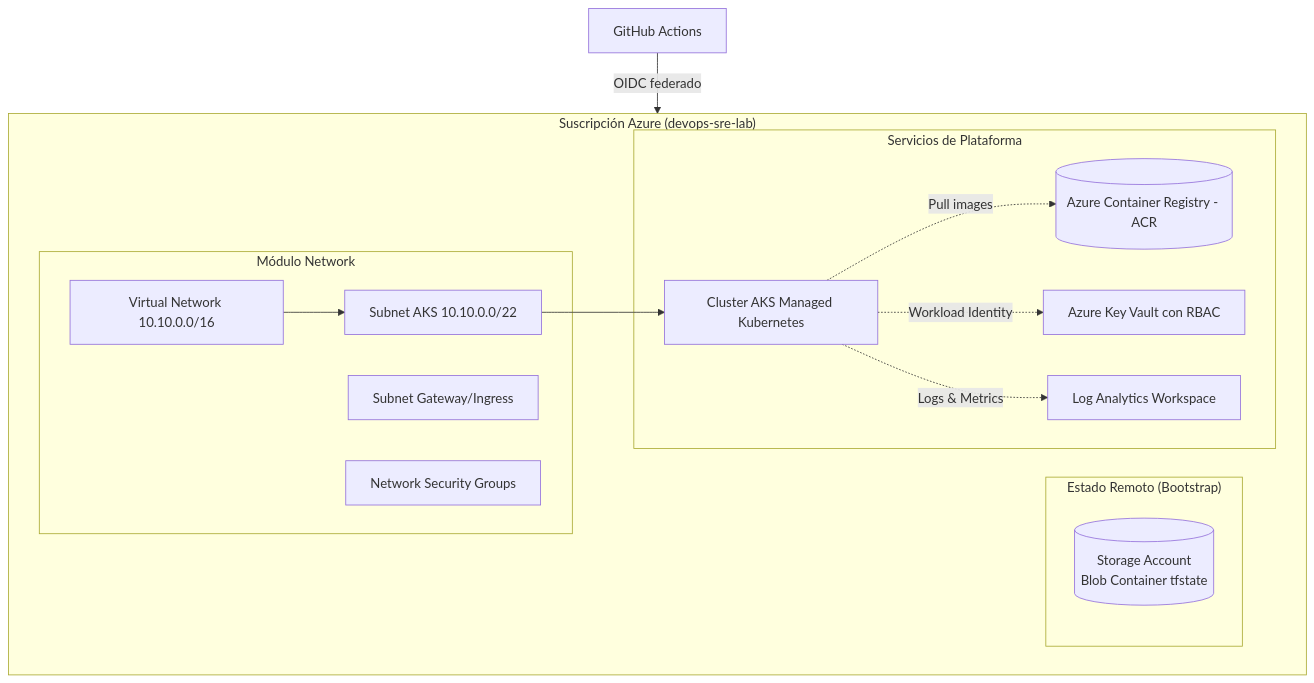
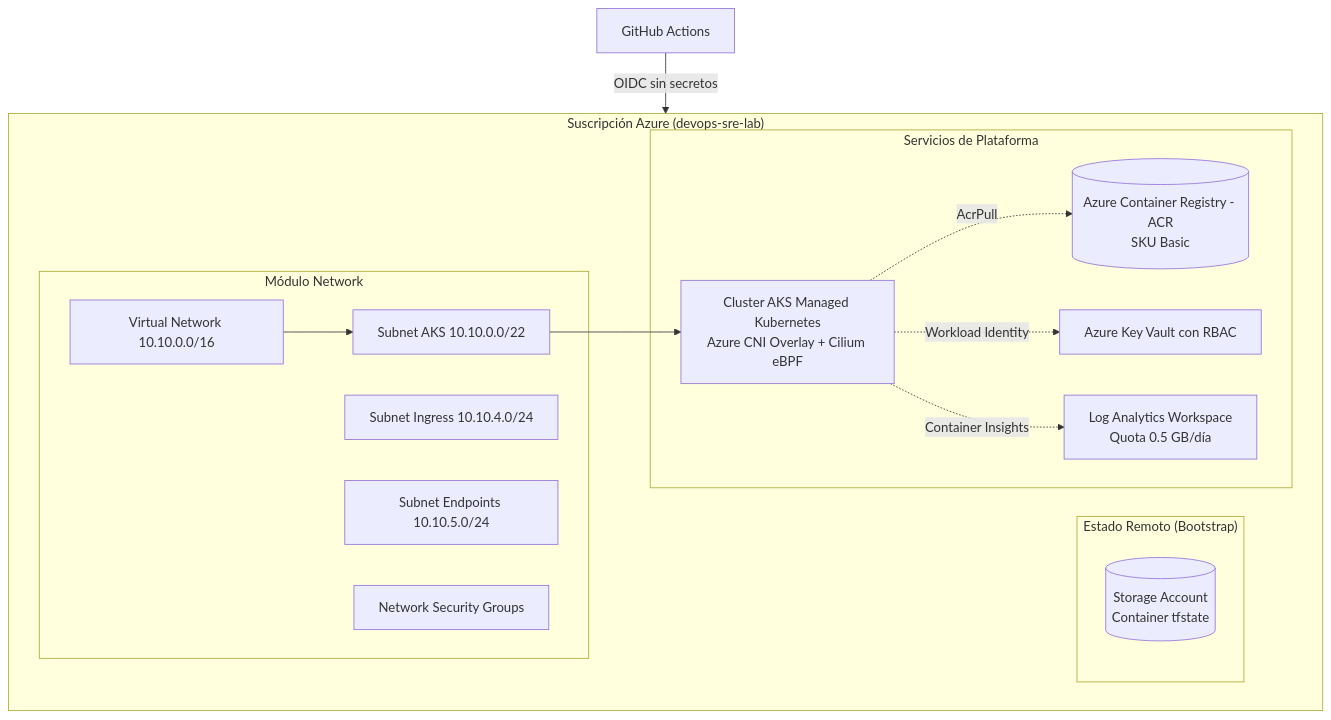
The first of 2 diagrams in README.md (miguelortiz13/infra-azure-terraform), drawn with Mermaid before and after one commit. The commit also changed other lines of this file and 3 other files, not shown here.

````diff
--- a/README.md
+++ b/README.md
@@ -11,28 +23,29 @@
 ```mermaid
 flowchart TD
   subgraph Azure["Suscripción Azure (devops-sre-lab)"]
     subgraph Storage["Estado Remoto (Bootstrap)"]
-      SA[(Storage Account<br/>Blob Container tfstate)]
+      SA[(Storage Account<br/>Container tfstate)]
     end
 
     subgraph Network["Módulo Network"]
       VNET[Virtual Network 10.10.0.0/16]
       SNET_AKS[Subnet AKS 10.10.0.0/22]
-      SNET_ING[Subnet Gateway/Ingress]
+      SNET_ING[Subnet Ingress 10.10.4.0/24]
+      SNET_EP[Subnet Endpoints 10.10.5.0/24]
       NSG[Network Security Groups]
     end
 
     subgraph Platform["Servicios de Plataforma"]
-      AKS[Cluster AKS Managed Kubernetes]
-      ACR[(Azure Container Registry - ACR)]
+      AKS[Cluster AKS Managed Kubernetes<br/>Azure CNI Overlay + Cilium eBPF]
+      ACR[(Azure Container Registry - ACR<br/>SKU Basic)]
       KV[Azure Key Vault con RBAC]
-      LOG[Log Analytics Workspace]
+      LOG[Log Analytics Workspace<br/>Quota 0.5 GB/día]
     end
   end
 
   VNET --> SNET_AKS --> AKS
-  AKS -.->|Pull images| ACR
+  AKS -.->|AcrPull| ACR
   AKS -.->|Workload Identity| KV
-  AKS -.->|Logs & Metrics| LOG
-  GitHub[GitHub Actions] -->|OIDC federado| Azure
+  AKS -.->|Container Insights| LOG
+  GitHub[GitHub Actions] -->|OIDC sin secretos| Azure
 ```
````
